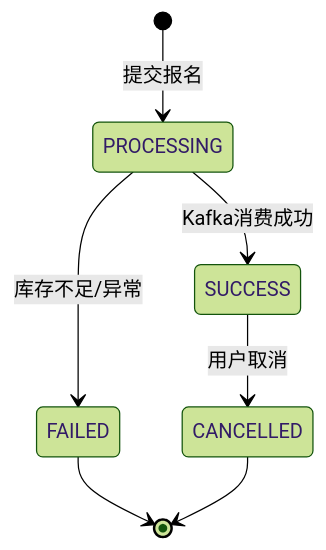
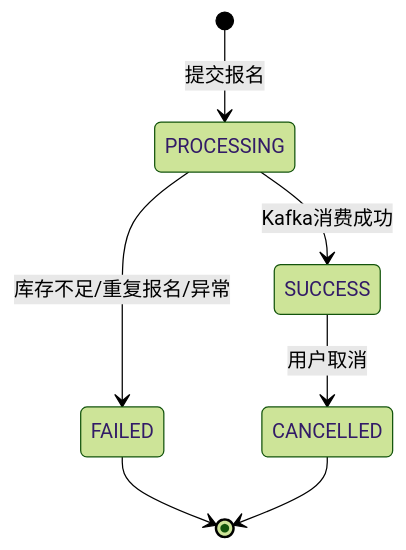
One commit to Misaki-Akeno/campus-collab-platform changed the first of 3 diagrams in docs/API.md. Above: the diagram before and after it, drawn with Mermaid (forest theme). The commit also changed other lines of this file and 10 other files, not shown here.

````diff
--- a/docs/API.md
+++ b/docs/API.md
@@ -387,9 +387,9 @@
 ```mermaid
 stateDiagram-v2
     [*] --> PROCESSING: 提交报名
     PROCESSING --> SUCCESS: Kafka消费成功
-    PROCESSING --> FAILED: 库存不足/异常
+    PROCESSING --> FAILED: 库存不足/重复报名/异常
     SUCCESS --> CANCELLED: 用户取消
     FAILED --> [*]
     CANCELLED --> [*]
 ```
````
